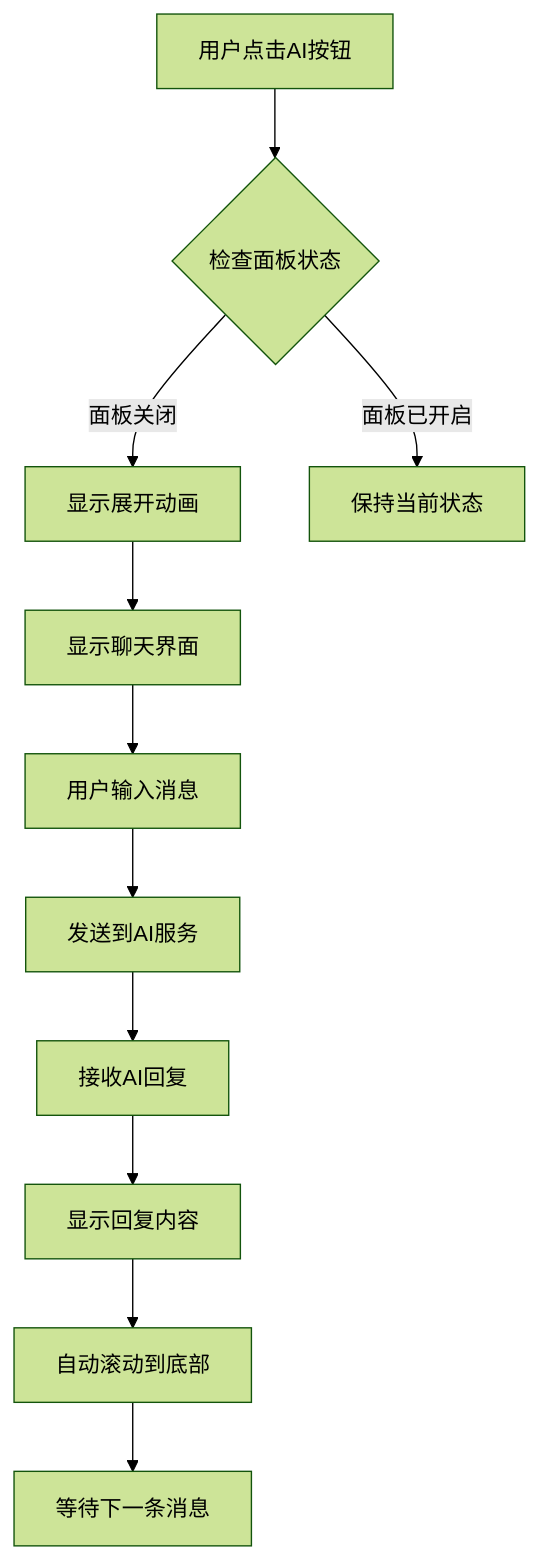
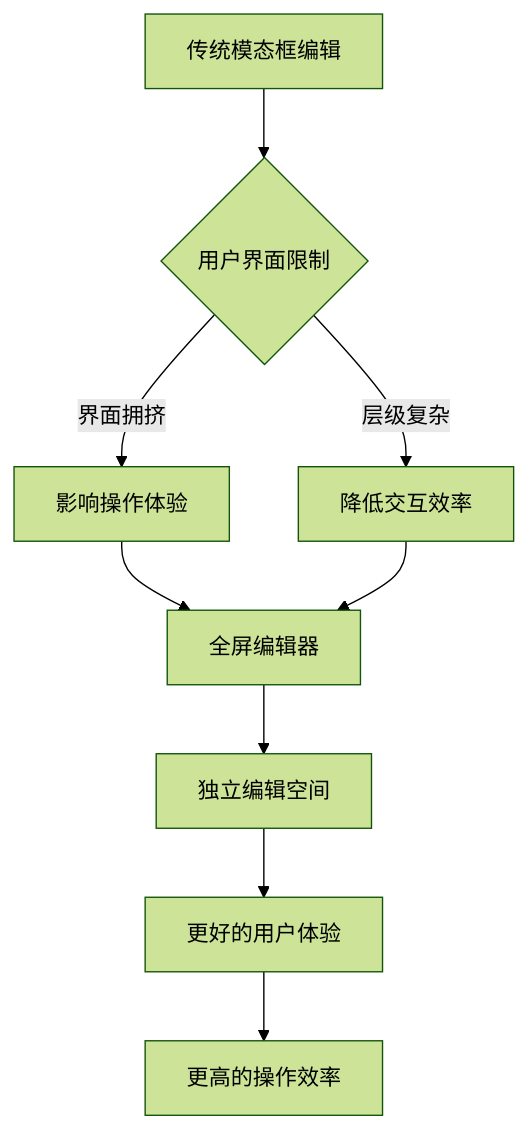
One commit to KunLabAI/KunFlix changed diagram 13 of 15 in .qoder/repowiki/zh/content/系统架构/前端架构/画布故事编辑器.md. Above: the diagram before and after it, drawn with Mermaid (forest theme). The commit also changed other lines of this file and 24 other files, not shown here.

````diff
--- a/.qoder/repowiki/zh/content/系统架构/前端架构/画布故事编辑器.md
+++ b/.qoder/repowiki/zh/content/系统架构/前端架构/画布故事编辑器.md
@@ -463,13 +557,11 @@
 ```mermaid
 flowchart TD
-A[用户点击AI按钮] --> B{检查面板状态}
-B --> |面板关闭| C[显示展开动画]
-B --> |面板已开启| D[保持当前状态]
-C --> E[显示聊天界面]
-E --> F[用户输入消息]
-F --> G[发送到AI服务]
-G --> H[接收AI回复]
-H --> I[显示回复内容]
-I --> J[自动滚动到底部]
-J --> K[等待下一条消息]
+A[传统模态框编辑] --> B{用户界面限制}
+B --> |界面拥挤| C[影响操作体验]
+B --> |层级复杂| D[降低交互效率]
+C --> E[全屏编辑器]
+D --> E
+E --> F[独立编辑空间]
+F --> G[更好的用户体验]
+G --> H[更高的操作效率]
 ```
````
